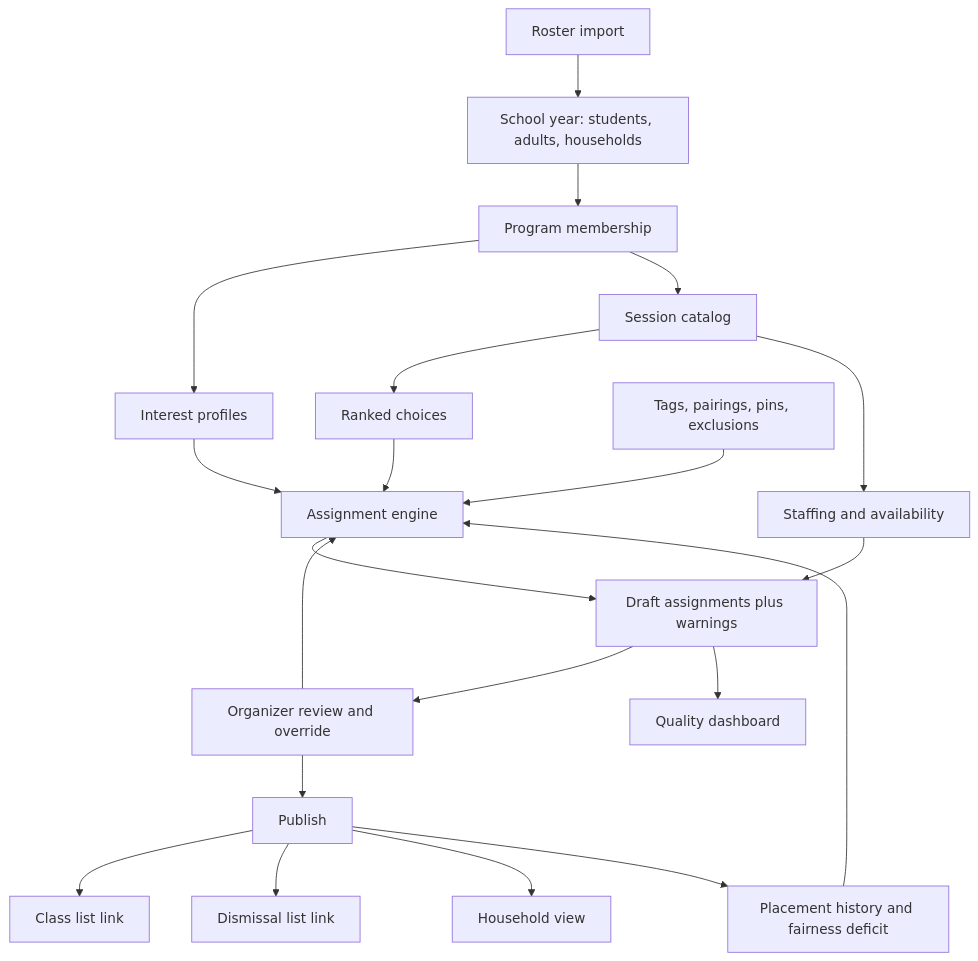
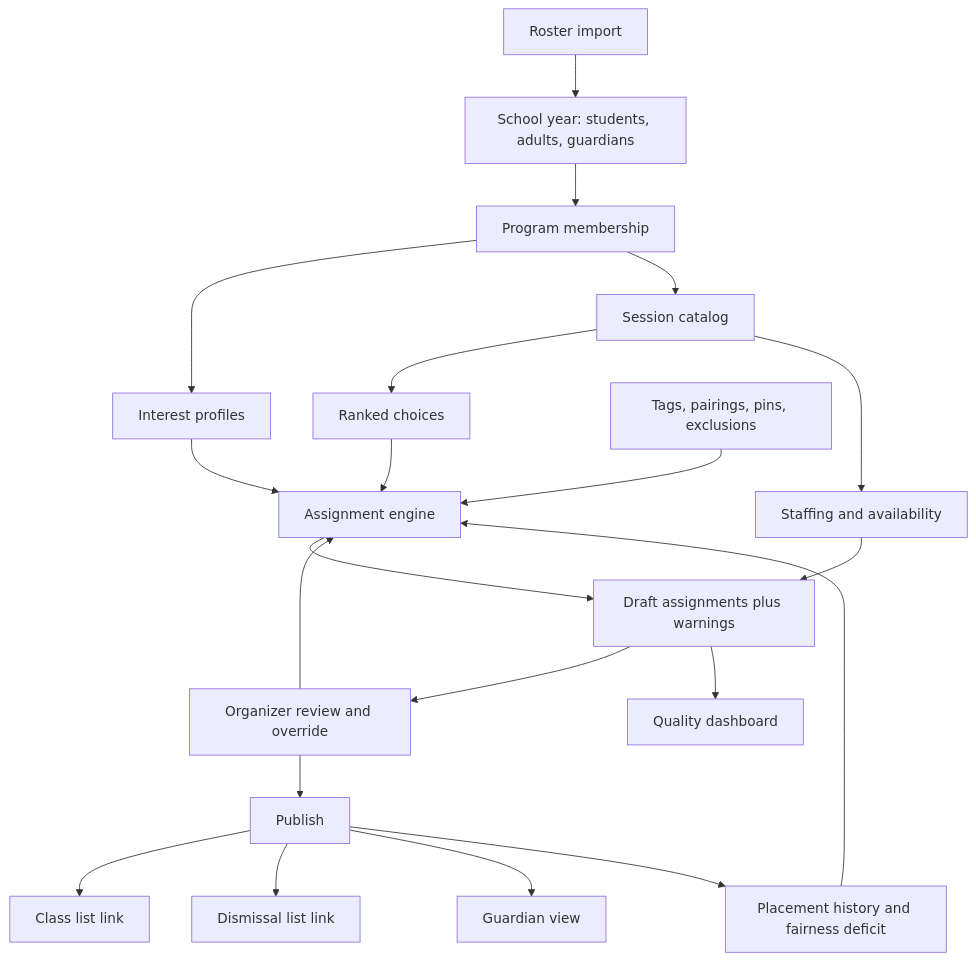
Before and after one commit to christophergm/miniclass: the first of 3 diagrams in SPEC.md, drawn with Mermaid. The commit also changed other lines of this file and 47 other files, not shown here.

````diff
--- a/SPEC.md
+++ b/SPEC.md
@@ -669,23 +673,23 @@
 ```mermaid
 flowchart TD
-    IMP[Roster import] --> SY[School year: students, adults, households]
+    IMP[Roster import] --> SY[School year: students, adults, guardians]
     SY --> PM[Program membership]
     PM --> IP[Interest profiles]
     PM --> CAT[Session catalog]
     CAT --> RC[Ranked choices]
     CAT --> STF[Staffing and availability]
     IP --> SOLVE[Assignment engine]
     RC --> SOLVE
     RULES[Tags, pairings, pins, exclusions] --> SOLVE
     HIST[Placement history and fairness deficit] --> SOLVE
     SOLVE --> DRAFT[Draft assignments plus warnings]
     DRAFT --> REVIEW[Organizer review and override]
     REVIEW --> SOLVE
     REVIEW --> PUB[Publish]
     PUB --> CL[Class list link]
     PUB --> DL[Dismissal list link]
-    PUB --> HV[Household view]
+    PUB --> HV[Guardian view]
     PUB --> HIST
     STF --> DRAFT
     DRAFT --> QR[Quality dashboard]
 ```
````
